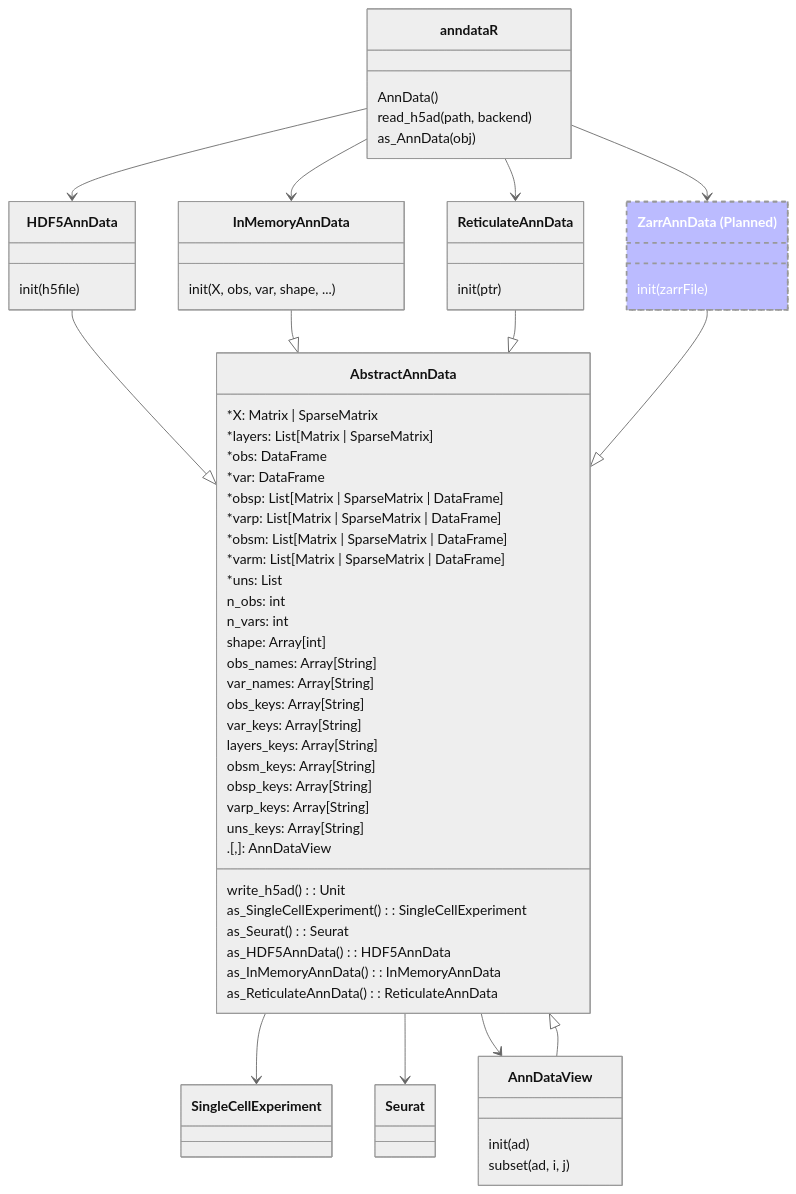
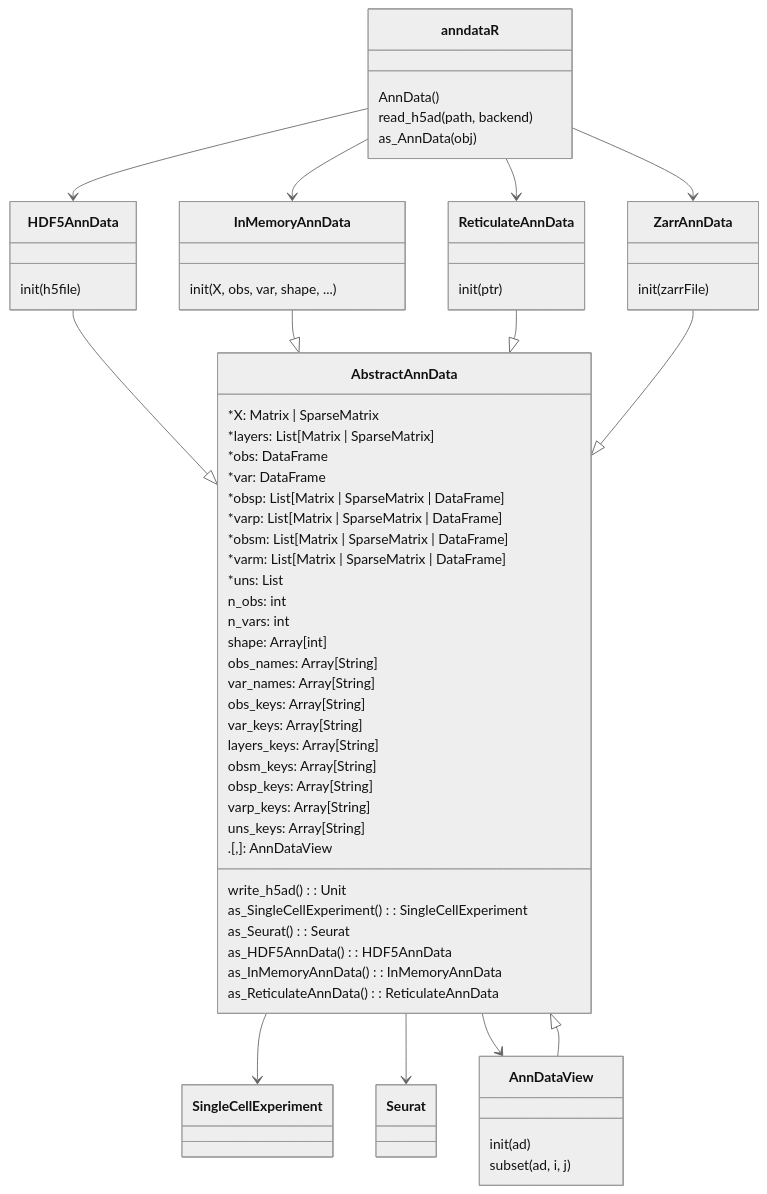
One commit to scverse/anndataR changed the diagram in vignettes/articles/diagrams/class_diagram.mmd. Above: the diagram before and after it, drawn with Mermaid (neutral theme). The commit also changed 1 other file, not shown here.

Commit message:
Mark Zarr support as implemented in class diagram (#460)

```diff
--- a/vignettes/articles/diagrams/class_diagram.mmd
+++ b/vignettes/articles/diagrams/class_diagram.mmd
@@ -1,81 +1,80 @@
 
 classDiagram
 
   class anndataR {
     AnnData()
     read_h5ad(path, backend)
     as_AnnData(obj)
   }
 
   class InMemoryAnnData {
     init(X, obs, var, shape, ...)
   }
 
   class HDF5AnnData {
     init(h5file)
   }
 
   class ReticulateAnnData["ReticulateAnnData"] {
     init(ptr)
   }
 
-  class ZarrAnnData["ZarrAnnData (Planned)"] {
+  class ZarrAnnData["ZarrAnnData"] {
     init(zarrFile)
   }
-  style ZarrAnnData fill:#bbf,stroke-width:2px,color:#fff,stroke-dasharray: 5 5
 
   anndataR --> InMemoryAnnData
   anndataR --> HDF5AnnData
   anndataR --> ZarrAnnData
   anndataR --> ReticulateAnnData
 
   HDF5AnnData --|> AbstractAnnData
   InMemoryAnnData --|> AbstractAnnData
   ReticulateAnnData --|> AbstractAnnData
   ZarrAnnData --|> AbstractAnnData
   AnnDataView --|> AbstractAnnData
 
   class AbstractAnnData {
     *X: Matrix | SparseMatrix
     *layers: List[Matrix | SparseMatrix]
     *obs: DataFrame
     *var: DataFrame
     *obsp: List[Matrix | SparseMatrix | DataFrame]
     *varp: List[Matrix | SparseMatrix | DataFrame]
     *obsm: List[Matrix | SparseMatrix | DataFrame]
     *varm: List[Matrix | SparseMatrix | DataFrame]
     *uns: List
 
     n_obs: int
     n_vars: int
     shape: Array[int]
     obs_names: Array[String]
     var_names: Array[String]
     obs_keys: Array[String]
     var_keys: Array[String]
     layers_keys: Array[String]
     obsm_keys: Array[String]
     obsp_keys: Array[String]
     varp_keys: Array[String]
     uns_keys: Array[String]
 
     write_h5ad(): Unit
 
     as_SingleCellExperiment(): SingleCellExperiment
     as_Seurat(): Seurat
 
     as_HDF5AnnData(): HDF5AnnData
     as_InMemoryAnnData(): InMemoryAnnData
     as_ReticulateAnnData(): ReticulateAnnData
 
     .[,]: AnnDataView
   }
 
   AbstractAnnData --> SingleCellExperiment
   AbstractAnnData --> Seurat
   AbstractAnnData --> AnnDataView
 
   class AnnDataView {
     init(ad)
     subset(ad, i, j)
   }
```
